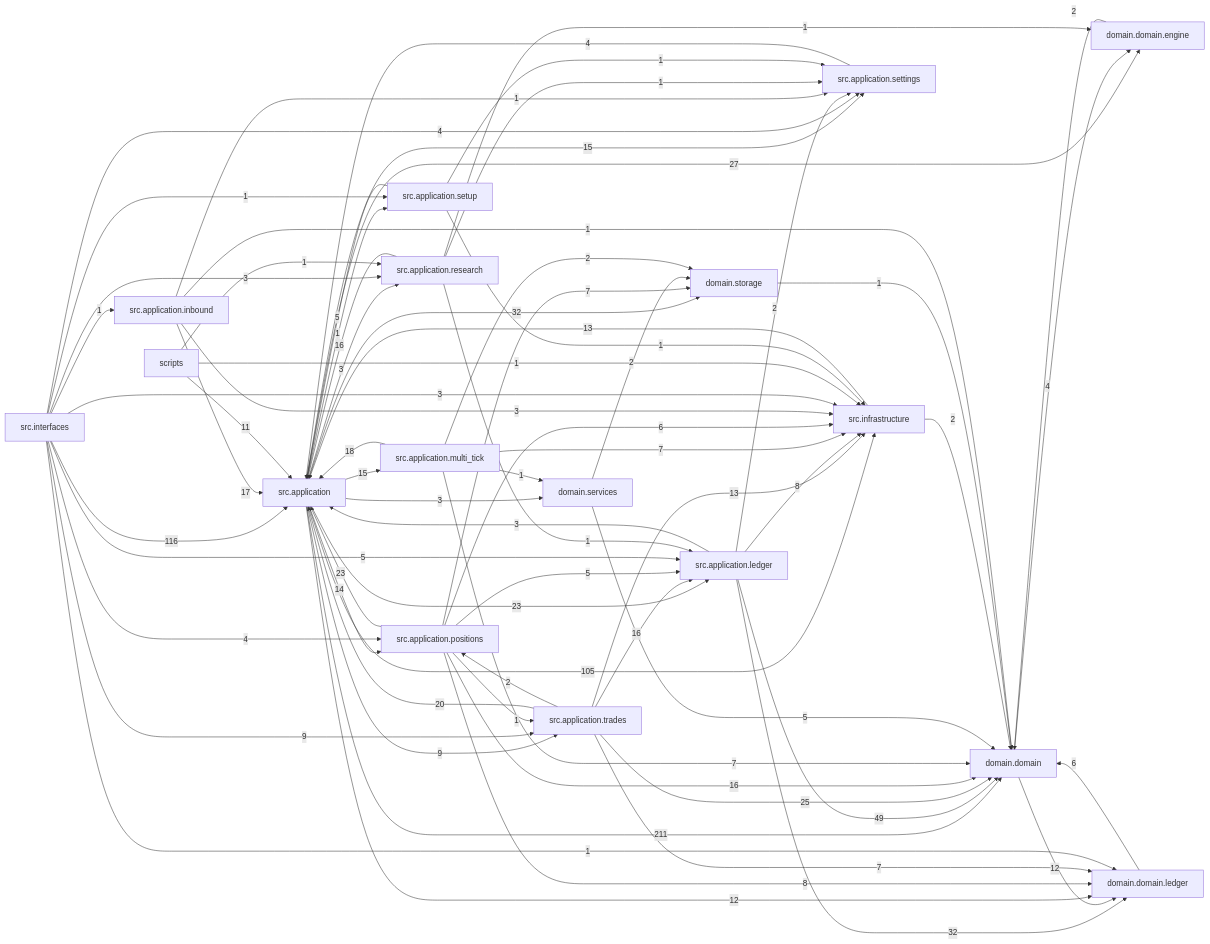
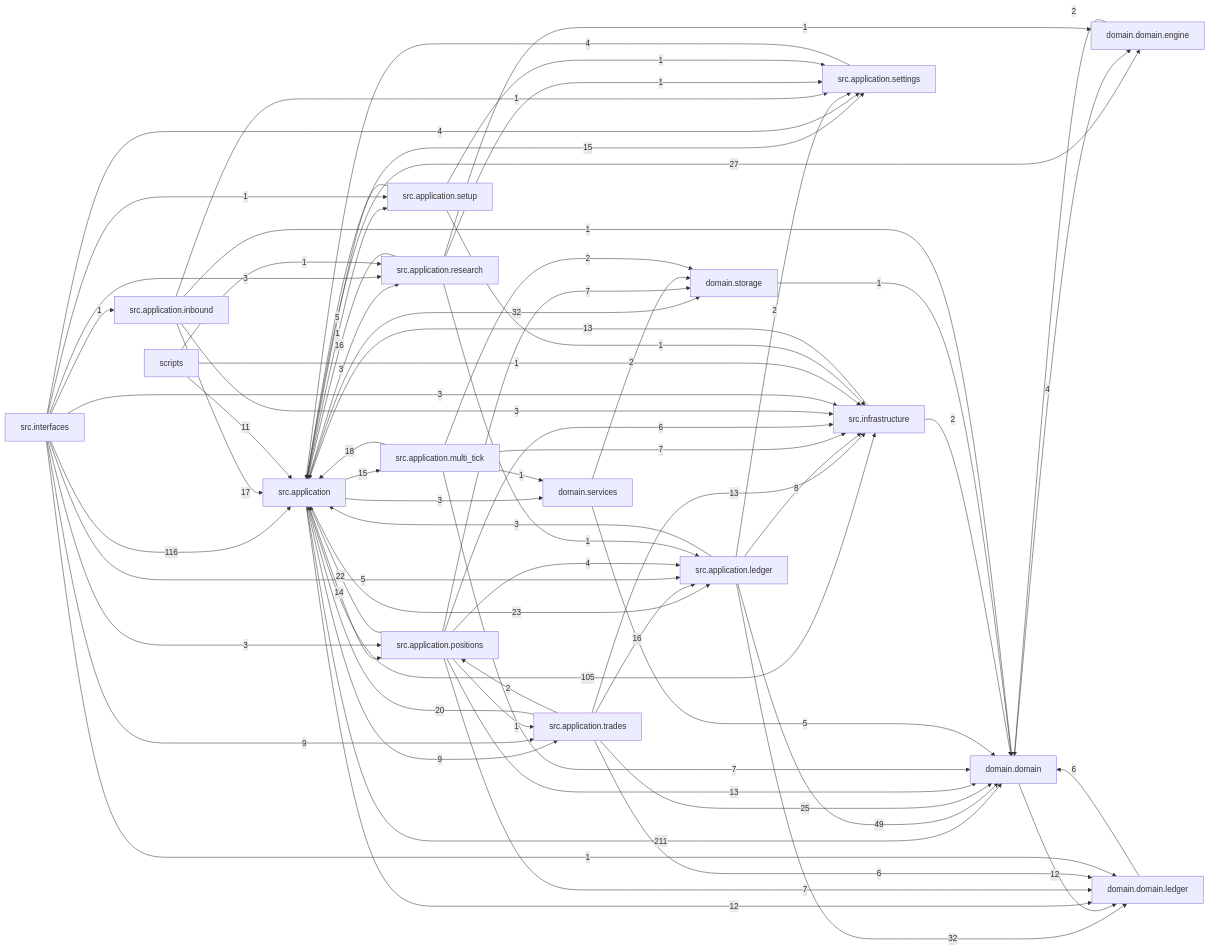
Before and after one commit to liuxie066/options-monitor: the diagram in docs/dependency_graph.mmd, drawn with Mermaid. The commit also changed 1 other file, not shown here.

Commit message:
chore(docs): regenerate dependency graph after combo pairing removal

```diff
--- a/docs/dependency_graph.mmd
+++ b/docs/dependency_graph.mmd
@@ -1,71 +1,71 @@
 flowchart LR
   src_application["src.application"] -->|211| domain_domain["domain.domain"]
   src_interfaces["src.interfaces"] -->|116| src_application["src.application"]
   src_application["src.application"] -->|105| src_infrastructure["src.infrastructure"]
   src_application_ledger["src.application.ledger"] -->|49| domain_domain["domain.domain"]
   src_application["src.application"] -->|32| domain_storage["domain.storage"]
   src_application_ledger["src.application.ledger"] -->|32| domain_domain_ledger["domain.domain.ledger"]
   src_application["src.application"] -->|27| domain_domain_engine["domain.domain.engine"]
   src_application_trades["src.application.trades"] -->|25| domain_domain["domain.domain"]
   src_application["src.application"] -->|23| src_application_ledger["src.application.ledger"]
-  src_application_positions["src.application.positions"] -->|23| src_application["src.application"]
+  src_application_positions["src.application.positions"] -->|22| src_application["src.application"]
   src_application_trades["src.application.trades"] -->|20| src_application["src.application"]
   src_application_multi_tick["src.application.multi_tick"] -->|18| src_application["src.application"]
   src_application_inbound["src.application.inbound"] -->|17| src_application["src.application"]
-  src_application_positions["src.application.positions"] -->|16| domain_domain["domain.domain"]
   src_application_research["src.application.research"] -->|16| src_application["src.application"]
   src_application_trades["src.application.trades"] -->|16| src_application_ledger["src.application.ledger"]
   src_application["src.application"] -->|15| src_application_multi_tick["src.application.multi_tick"]
   src_application["src.application"] -->|15| src_application_settings["src.application.settings"]
   src_application["src.application"] -->|14| src_application_positions["src.application.positions"]
+  src_application_positions["src.application.positions"] -->|13| domain_domain["domain.domain"]
   src_application_trades["src.application.trades"] -->|13| src_infrastructure["src.infrastructure"]
   src_infrastructure["src.infrastructure"] -->|13| src_application["src.application"]
   domain_domain["domain.domain"] -->|12| domain_domain_ledger["domain.domain.ledger"]
   src_application["src.application"] -->|12| domain_domain_ledger["domain.domain.ledger"]
   scripts["scripts"] -->|11| src_application["src.application"]
   src_application["src.application"] -->|9| src_application_trades["src.application.trades"]
   src_interfaces["src.interfaces"] -->|9| src_application_trades["src.application.trades"]
   src_application_ledger["src.application.ledger"] -->|8| src_infrastructure["src.infrastructure"]
-  src_application_positions["src.application.positions"] -->|8| domain_domain_ledger["domain.domain.ledger"]
   src_application_multi_tick["src.application.multi_tick"] -->|7| domain_domain["domain.domain"]
   src_application_multi_tick["src.application.multi_tick"] -->|7| src_infrastructure["src.infrastructure"]
+  src_application_positions["src.application.positions"] -->|7| domain_domain_ledger["domain.domain.ledger"]
   src_application_positions["src.application.positions"] -->|7| domain_storage["domain.storage"]
-  src_application_trades["src.application.trades"] -->|7| domain_domain_ledger["domain.domain.ledger"]
   domain_domain_ledger["domain.domain.ledger"] -->|6| domain_domain["domain.domain"]
   src_application_positions["src.application.positions"] -->|6| src_infrastructure["src.infrastructure"]
+  src_application_trades["src.application.trades"] -->|6| domain_domain_ledger["domain.domain.ledger"]
   domain_services["domain.services"] -->|5| domain_domain["domain.domain"]
-  src_application_positions["src.application.positions"] -->|5| src_application_ledger["src.application.ledger"]
   src_application_setup["src.application.setup"] -->|5| src_application["src.application"]
   src_interfaces["src.interfaces"] -->|5| src_application_ledger["src.application.ledger"]
   domain_domain["domain.domain"] -->|4| domain_domain_engine["domain.domain.engine"]
+  src_application_positions["src.application.positions"] -->|4| src_application_ledger["src.application.ledger"]
   src_application_settings["src.application.settings"] -->|4| src_application["src.application"]
-  src_interfaces["src.interfaces"] -->|4| src_application_positions["src.application.positions"]
   src_interfaces["src.interfaces"] -->|4| src_application_settings["src.application.settings"]
   src_application["src.application"] -->|3| domain_services["domain.services"]
   src_application["src.application"] -->|3| src_application_research["src.application.research"]
   src_application_inbound["src.application.inbound"] -->|3| src_infrastructure["src.infrastructure"]
   src_application_ledger["src.application.ledger"] -->|3| src_application["src.application"]
+  src_interfaces["src.interfaces"] -->|3| src_application_positions["src.application.positions"]
   src_interfaces["src.interfaces"] -->|3| src_application_research["src.application.research"]
   src_interfaces["src.interfaces"] -->|3| src_infrastructure["src.infrastructure"]
   domain_domain_engine["domain.domain.engine"] -->|2| domain_domain["domain.domain"]
   domain_services["domain.services"] -->|2| domain_storage["domain.storage"]
   src_application_ledger["src.application.ledger"] -->|2| src_application_settings["src.application.settings"]
   src_application_multi_tick["src.application.multi_tick"] -->|2| domain_storage["domain.storage"]
   src_application_trades["src.application.trades"] -->|2| src_application_positions["src.application.positions"]
   src_infrastructure["src.infrastructure"] -->|2| domain_domain["domain.domain"]
   domain_storage["domain.storage"] -->|1| domain_domain["domain.domain"]
   scripts["scripts"] -->|1| src_application_research["src.application.research"]
   scripts["scripts"] -->|1| src_infrastructure["src.infrastructure"]
   src_application["src.application"] -->|1| src_application_setup["src.application.setup"]
   src_application_inbound["src.application.inbound"] -->|1| domain_domain["domain.domain"]
   src_application_inbound["src.application.inbound"] -->|1| src_application_settings["src.application.settings"]
   src_application_multi_tick["src.application.multi_tick"] -->|1| domain_services["domain.services"]
   src_application_positions["src.application.positions"] -->|1| src_application_trades["src.application.trades"]
   src_application_research["src.application.research"] -->|1| domain_domain_engine["domain.domain.engine"]
   src_application_research["src.application.research"] -->|1| src_application_ledger["src.application.ledger"]
   src_application_research["src.application.research"] -->|1| src_application_settings["src.application.settings"]
   src_application_setup["src.application.setup"] -->|1| src_application_settings["src.application.settings"]
   src_application_setup["src.application.setup"] -->|1| src_infrastructure["src.infrastructure"]
   src_interfaces["src.interfaces"] -->|1| domain_domain_ledger["domain.domain.ledger"]
   src_interfaces["src.interfaces"] -->|1| src_application_inbound["src.application.inbound"]
   src_interfaces["src.interfaces"] -->|1| src_application_setup["src.application.setup"]
```
